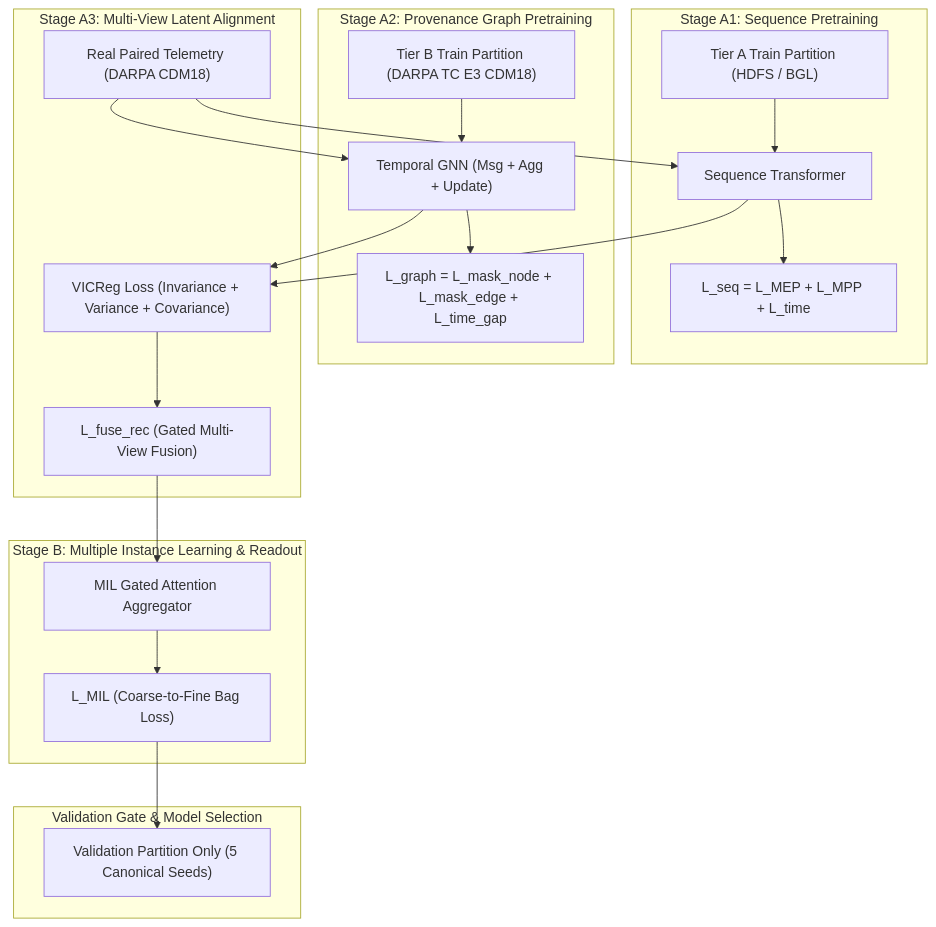
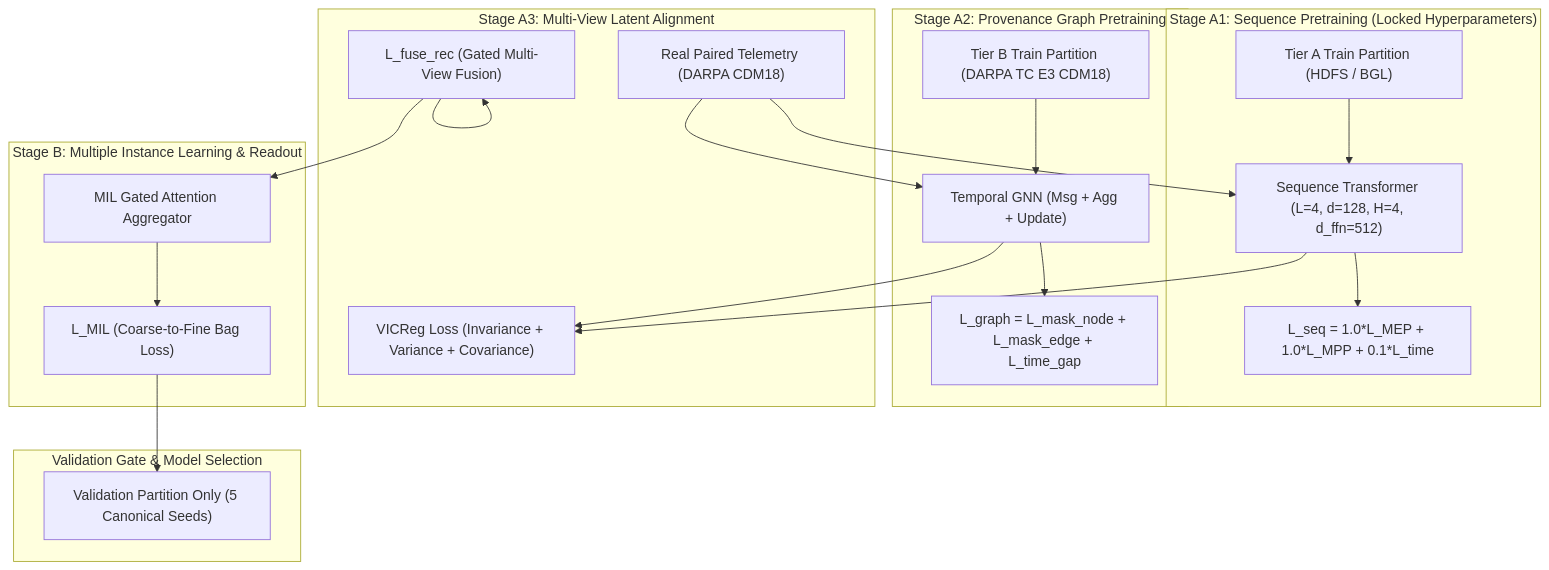
The diagram in experiments/protocol/REAL-TRAINING-DESIGN.md (Minhlike/Chuyende), drawn with Mermaid before and after one commit. The commit also changed other lines of this file and 12 other files, not shown here.

````diff
--- a/experiments/protocol/REAL-TRAINING-DESIGN.md
+++ b/experiments/protocol/REAL-TRAINING-DESIGN.md
@@ -35,29 +35,29 @@
 ```mermaid
 graph TD
-    subgraph "Stage A1: Sequence Pretraining"
-        A1_Data["Tier A Train Partition (HDFS / BGL)"] --> A1_Trans["Sequence Transformer"]
-        A1_Trans --> A1_Loss["L_seq = L_MEP + L_MPP + L_time"]
+    subgraph "Stage A1: Sequence Pretraining (Locked Hyperparameters)"
+        A1_Data["Tier A Train Partition (HDFS / BGL)"] --> A1_Trans["Sequence Transformer (L=4, d=128, H=4, d_ffn=512)"]
+        A1_Trans --> A1_Loss["L_seq = 1.0*L_MEP + 1.0*L_MPP + 0.1*L_time"]
     end
 
     subgraph "Stage A2: Provenance Graph Pretraining"
         A2_Data["Tier B Train Partition (DARPA TC E3 CDM18)"] --> A2_TGNN["Temporal GNN (Msg + Agg + Update)"]
         A2_TGNN --> A2_Loss["L_graph = L_mask_node + L_mask_edge + L_time_gap"]
     end
 
     subgraph "Stage A3: Multi-View Latent Alignment"
         A3_Pair["Real Paired Telemetry (DARPA CDM18)"] --> A1_Trans
         A3_Pair --> A2_TGNN
         A1_Trans --> A3_VICReg["VICReg Loss (Invariance + Variance + Covariance)"]
         A2_TGNN --> A3_VICReg
-        A3_VICReg --> A3_Fuse["L_fuse_rec (Gated Multi-View Fusion)"]
+        A3_Fuse --> A3_Fuse["L_fuse_rec (Gated Multi-View Fusion)"]
     end
 
     subgraph "Stage B: Multiple Instance Learning & Readout"
         A3_Fuse --> B_MIL["MIL Gated Attention Aggregator"]
         B_MIL --> B_Loss["L_MIL (Coarse-to-Fine Bag Loss)"]
     end
 
     subgraph "Validation Gate & Model Selection"
         B_Loss --> Val_Gate["Validation Partition Only (5 Canonical Seeds)"]
     end
 ```
````
